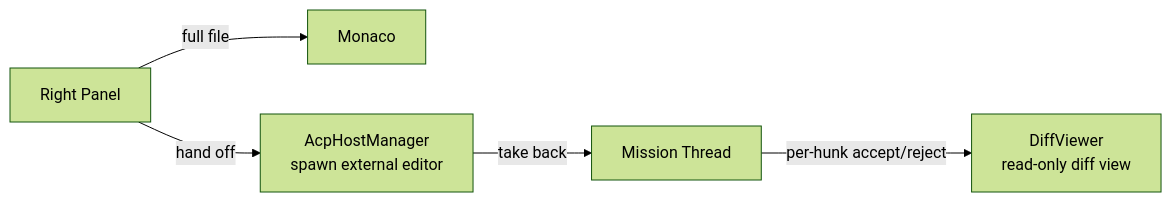
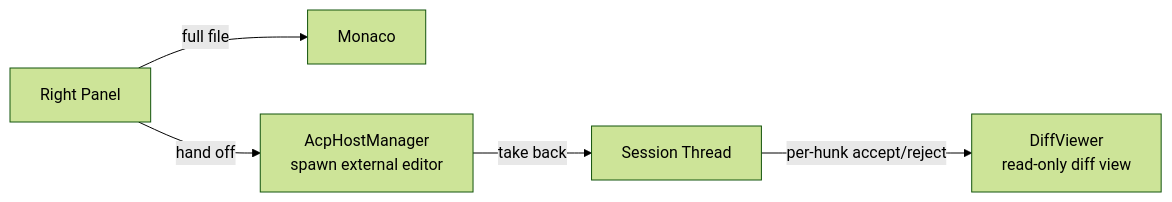
Before and after one commit to OPEN-CID/cid: the diagram in docs/012-Semantic-Editing.md, drawn with Mermaid (forest theme). The commit also changed other lines of this file and 167 other files, not shown here.

````diff
--- a/docs/012-Semantic-Editing.md
+++ b/docs/012-Semantic-Editing.md
@@ -32,7 +32,7 @@
 ```mermaid
 graph LR
-  Thread["Mission Thread"] -->|per-hunk accept/reject| Diff["DiffViewer<br/>read-only diff view"]
+  Thread["Session Thread"] -->|per-hunk accept/reject| Diff["DiffViewer<br/>read-only diff view"]
   Panel["Right Panel"] -->|full file| Monaco["Monaco"]
   Panel -->|hand off| ACP["AcpHostManager<br/>spawn external editor"]
   ACP -->|take back| Thread
 ```
````
